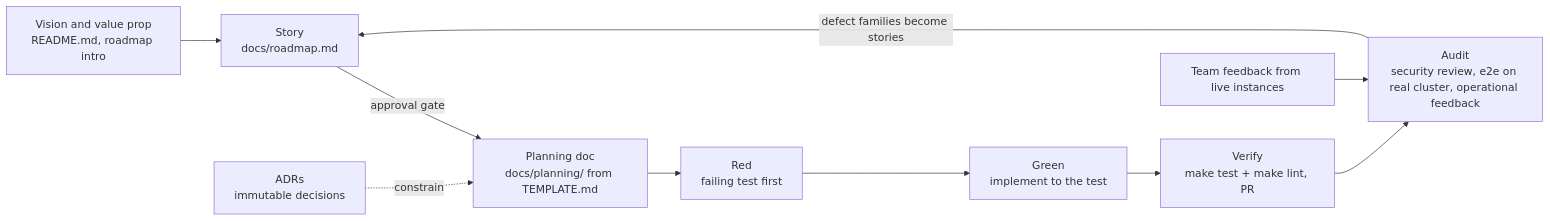
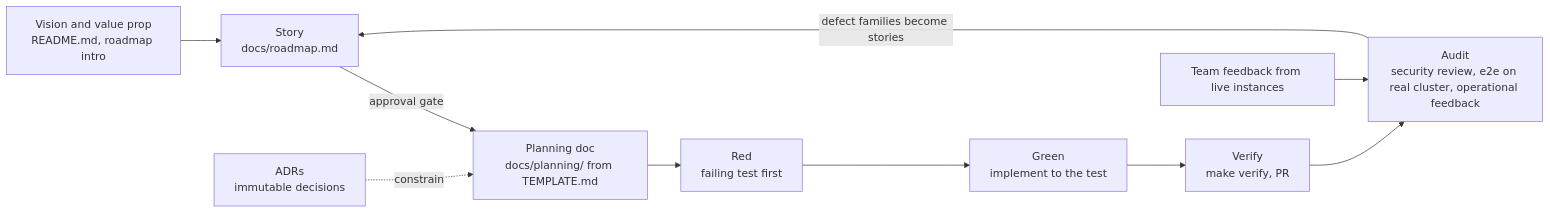
One commit to stakater/rhbk-operator changed the diagram in docs/method.md. Above: the diagram before and after it, drawn with Mermaid. The commit also changed other lines of this file and 9 other files, not shown here.

First line of the commit message:
build: add make verify umbrella target and agent edit-hook (DX.1)

````diff
--- a/docs/method.md
+++ b/docs/method.md
@@ -11,12 +11,12 @@
 ```mermaid
 flowchart LR
   V[Vision and value prop<br/>README.md, roadmap intro] --> S[Story<br/>docs/roadmap.md]
   S -->|approval gate| P[Planning doc<br/>docs/planning/ from TEMPLATE.md]
   P --> R[Red<br/>failing test first]
   R --> G[Green<br/>implement to the test]
-  G --> DoD[Verify<br/>make test + make lint, PR]
+  G --> DoD[Verify<br/>make verify, PR]
   DoD --> A[Audit<br/>security review, e2e on real cluster, operational feedback]
   A -->|defect families become stories| S
   DEC[ADRs<br/>immutable decisions] -.->|constrain| P
   FB[Team feedback from live instances] --> A
 ```
````
